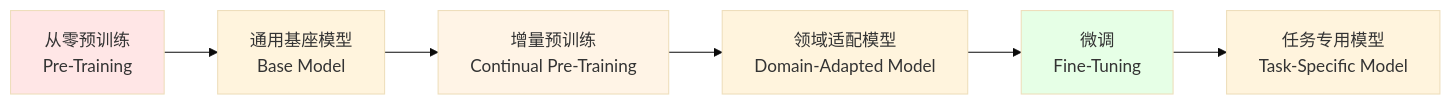
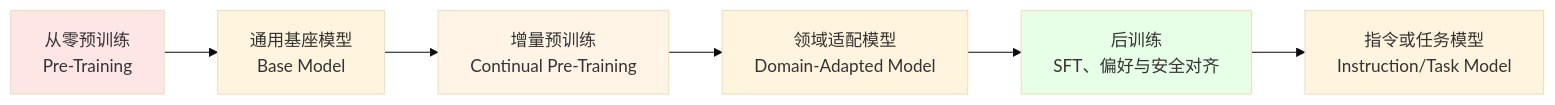
Before and after one commit to gqcn/johns-blog: the third of 4 diagrams in docs/docs/1000-AI技术/600-训练微调/2000-AI模型训练技术详解.md, drawn with Mermaid (base theme). The commit also changed other lines of this file and 7 other files, not shown here.

First line of the commit message:
feat: Enhance AI model fine-tuning documentation and add new assets

````diff
--- a/docs/docs/1000-AI技术/600-训练微调/2000-AI模型训练技术详解.md
+++ b/docs/docs/1000-AI技术/600-训练微调/2000-AI模型训练技术详解.md
@@ -260,12 +263,12 @@
 ```mermaid
 graph LR
     A["从零预训练<br/>Pre-Training"] --> B["通用基座模型<br/>Base Model"]
     B --> C["增量预训练<br/>Continual Pre-Training"]
     C --> D["领域适配模型<br/>Domain-Adapted Model"]
-    D --> E["微调<br/>Fine-Tuning"]
-    E --> F["任务专用模型<br/>Task-Specific Model"]
+    D --> E["后训练<br/>SFT、偏好与安全对齐"]
+    E --> F["指令或任务模型<br/>Instruction/Task Model"]
     
     style A fill:#ffe6e6
     style C fill:#fff4e6
     style E fill:#e6ffe6
 ```
````
